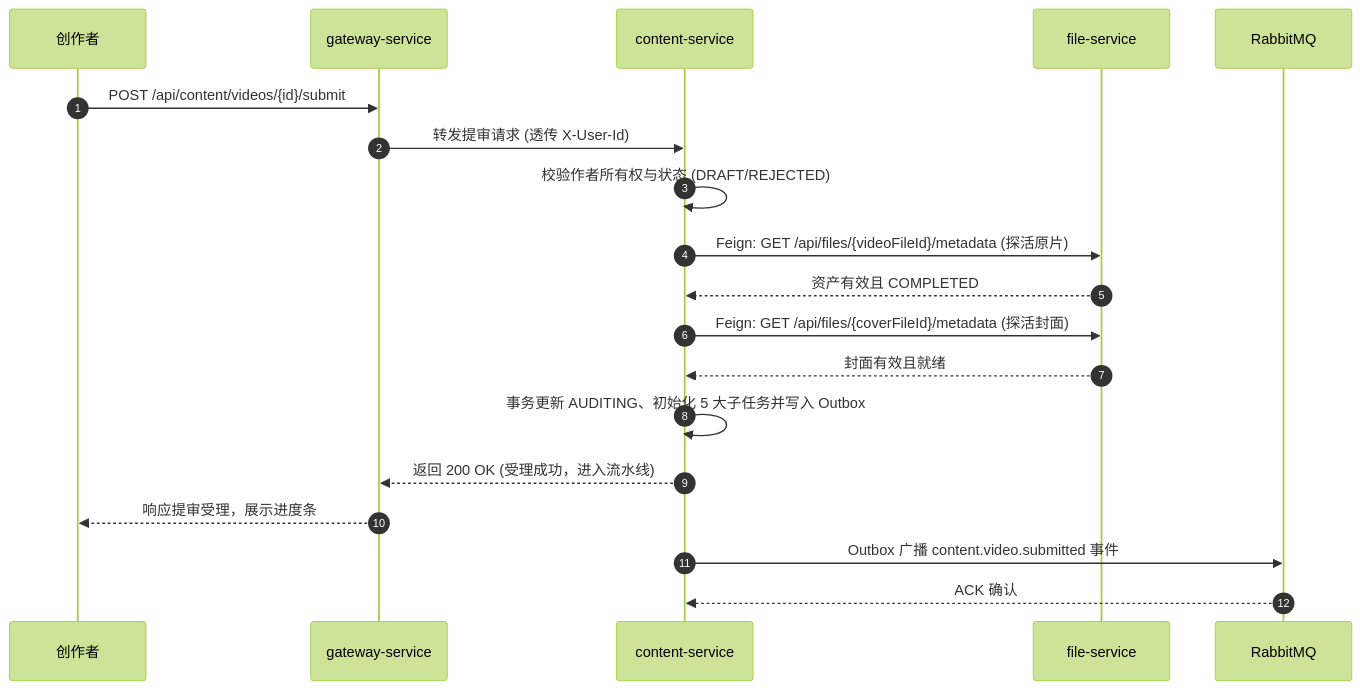
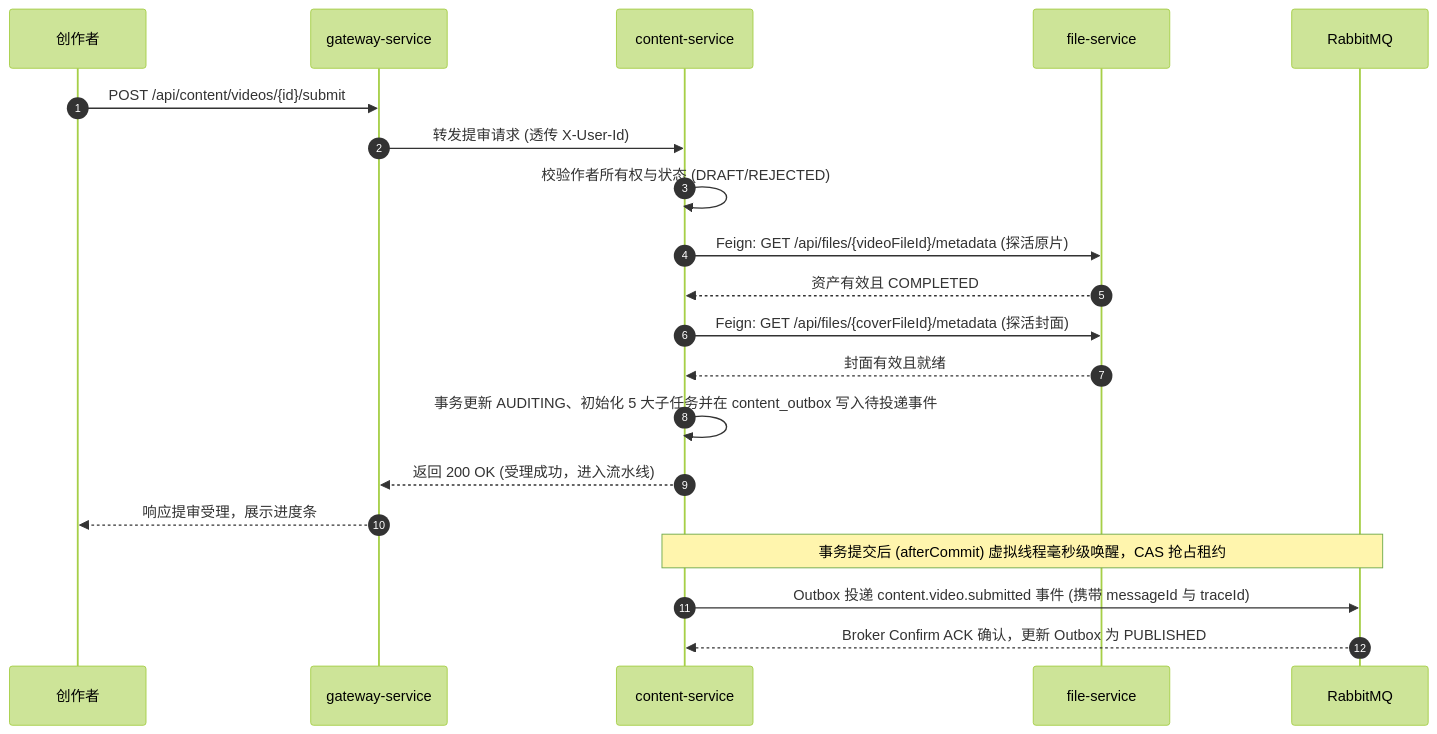
One commit to fank-c/media-platform-rebuild changed the second of 5 diagrams in docs/flows/03-video-publish-and-pipeline-flow.md. Above: the diagram before and after it, drawn with Mermaid (forest theme). The commit also changed 5 other files, not shown here.

````diff
--- a/docs/flows/03-video-publish-and-pipeline-flow.md
+++ b/docs/flows/03-video-publish-and-pipeline-flow.md
@@ -65,23 +65,24 @@
 ```mermaid
 sequenceDiagram
     autonumber
     participant Creator as 创作者
     participant GW as gateway-service
     participant CS as content-service
     participant FS as file-service
     participant MQ as RabbitMQ
 
     Creator->>GW: POST /api/content/videos/{id}/submit
     GW->>CS: 转发提审请求 (透传 X-User-Id)
     CS->>CS: 校验作者所有权与状态 (DRAFT/REJECTED)
     CS->>FS: Feign: GET /api/files/{videoFileId}/metadata (探活原片)
     FS-->>CS: 资产有效且 COMPLETED
     CS->>FS: Feign: GET /api/files/{coverFileId}/metadata (探活封面)
     FS-->>CS: 封面有效且就绪
-    CS->>CS: 事务更新 AUDITING、初始化 5 大子任务并写入 Outbox
+    CS->>CS: 事务更新 AUDITING、初始化 5 大子任务并在 content_outbox 写入待投递事件
     CS-->>GW: 返回 200 OK (受理成功，进入流水线)
     GW-->>Creator: 响应提审受理，展示进度条
 
-    CS->>MQ: Outbox 广播 content.video.submitted 事件
-    MQ-->>CS: ACK 确认
+    Note over CS,MQ: 事务提交后 (afterCommit) 虚拟线程毫秒级唤醒，CAS 抢占租约
+    CS->>MQ: Outbox 投递 content.video.submitted 事件 (携带 messageId 与 traceId)
+    MQ-->>CS: Broker Confirm ACK 确认，更新 Outbox 为 PUBLISHED
 ```
````
